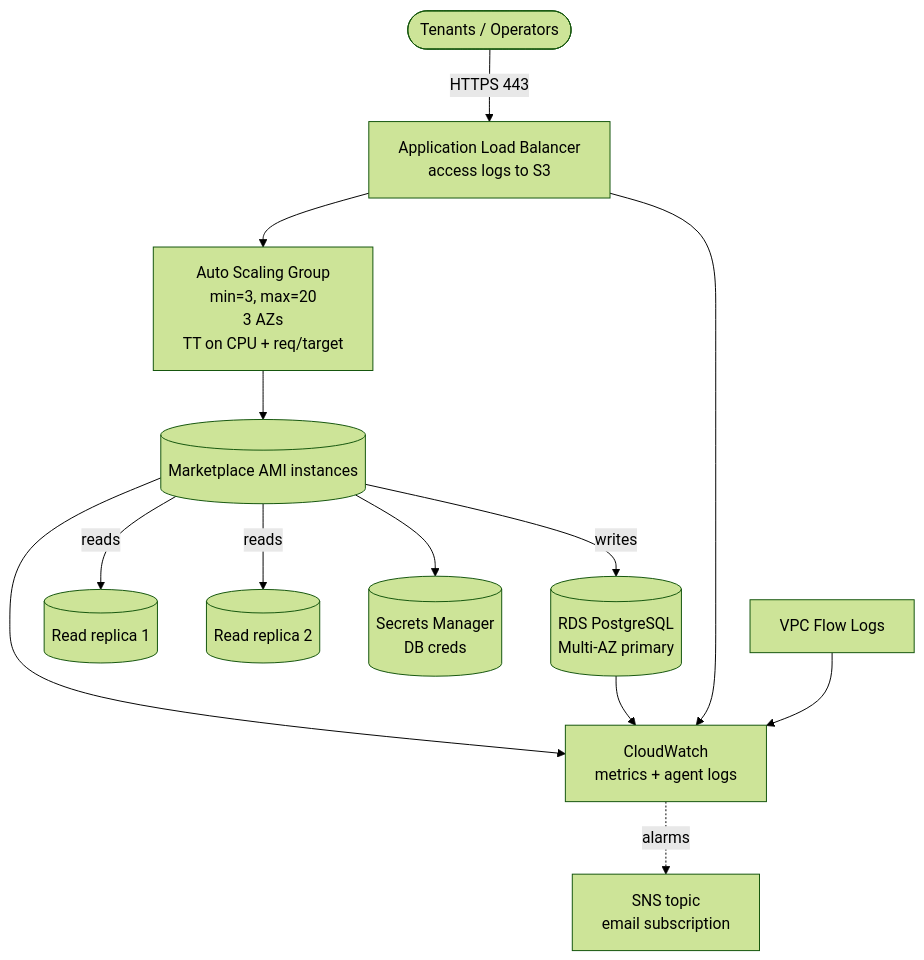
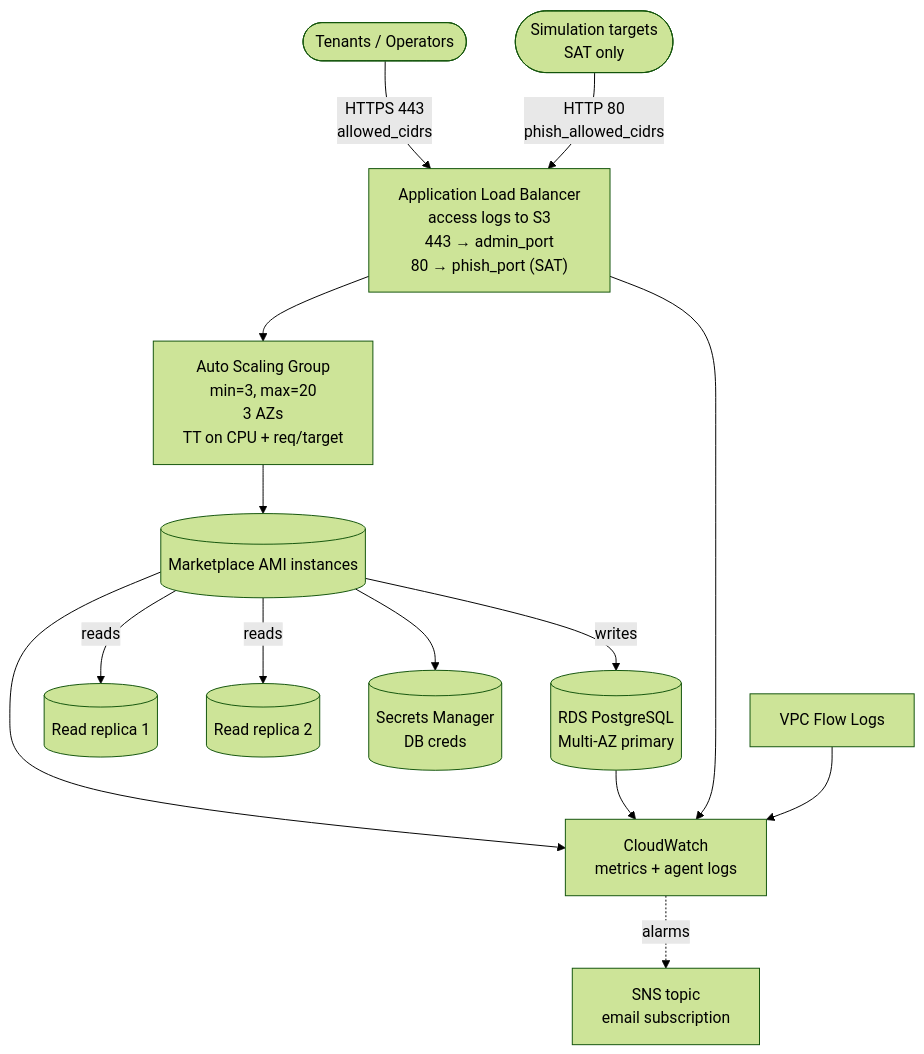
Before and after one commit to HailBytes/hailbytes-terraform-modules: the diagram in modules/unlimited-scale/aws/README.md, drawn with Mermaid (forest theme). The commit also changed other lines of this file and 29 other files, not shown here.

First line of the commit message:
feat: give SAT a phishing frontend on every tier, and fix the AWS HA admin hop (#95)

````diff
--- a/modules/unlimited-scale/aws/README.md
+++ b/modules/unlimited-scale/aws/README.md
@@ -10,15 +10,16 @@
 ```mermaid
 flowchart TB
-    User([Tenants / Operators]) -->|HTTPS 443| ALB[Application Load Balancer<br/>access logs to S3]
+    User([Tenants / Operators]) -->|"HTTPS 443<br/>allowed_cidrs"| ALB["Application Load Balancer<br/>access logs to S3<br/>443 → admin_port<br/>80 → phish_port (SAT)"]
+    Target([Simulation targets<br/>SAT only]) -->|"HTTP 80<br/>phish_allowed_cidrs"| ALB
     ALB --> ASG[Auto Scaling Group<br/>min=3, max=20<br/>3 AZs<br/>TT on CPU + req/target]
     ASG --> VMn[(Marketplace AMI instances)]
     VMn -->|writes| DBP[(RDS PostgreSQL<br/>Multi-AZ primary)]
     VMn -->|reads| DBR1[(Read replica 1)]
     VMn -->|reads| DBR2[(Read replica 2)]
     VMn --> SM[(Secrets Manager<br/>DB creds)]
     VMn --> CW[CloudWatch<br/>metrics + agent logs]
     DBP --> CW
     ALB --> CW
     CW -.alarms.-> SNS[SNS topic\nemail subscription]
     VPC[VPC Flow Logs] --> CW
 ```
````
